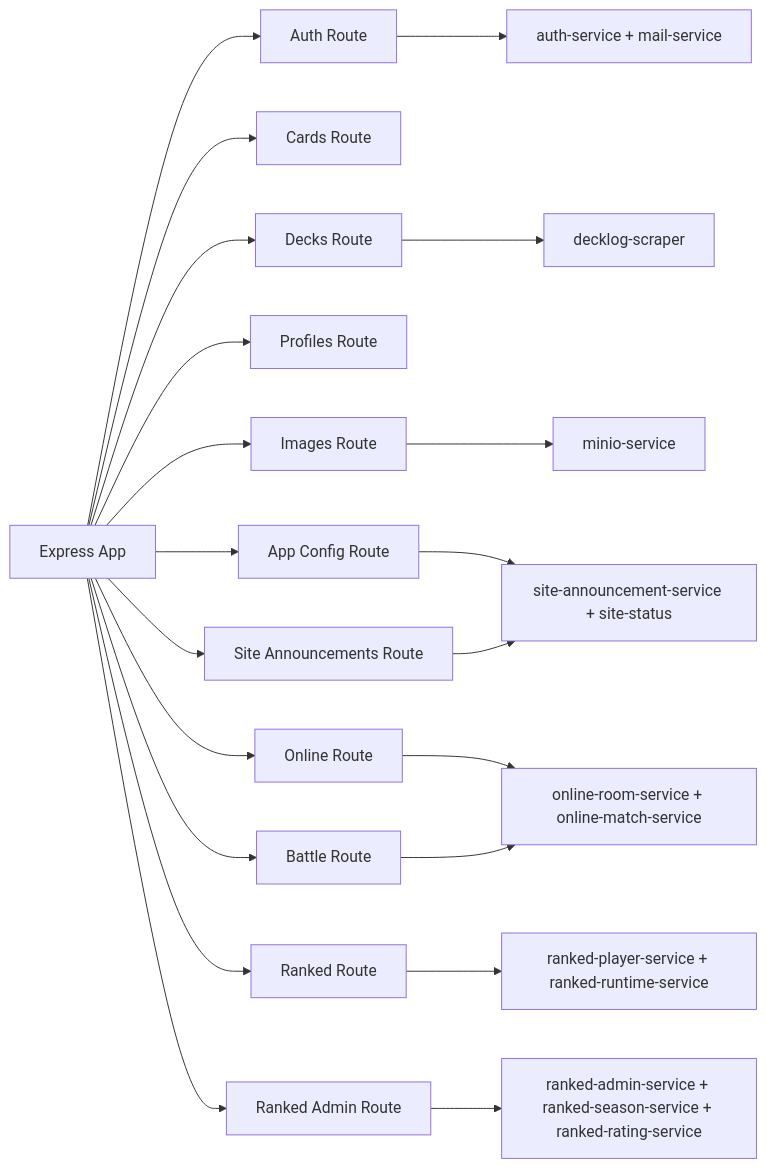
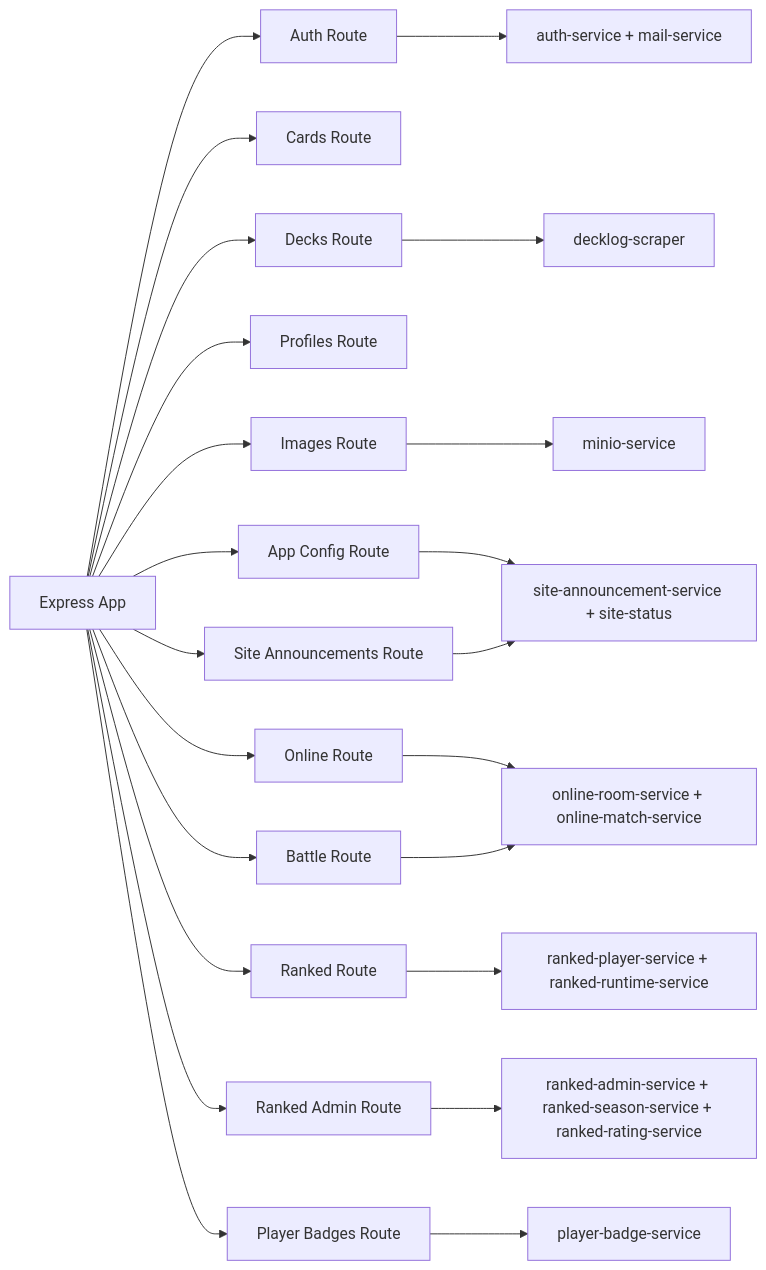
The seventh of 9 diagrams in docs/system-design.md (catmeow123456/loveca-dev), drawn with Mermaid before and after one commit. The commit also changed other lines of this file and 28 other files, not shown here.

````diff
--- a/docs/system-design.md
+++ b/docs/system-design.md
@@ -357,24 +357,26 @@
 ```mermaid
 graph LR
     App[Express App] --> AuthR[Auth Route]
     App --> CardsR[Cards Route]
     App --> DecksR[Decks Route]
     App --> ProfilesR[Profiles Route]
     App --> ImagesR[Images Route]
     App --> ConfigR[App Config Route]
     App --> SiteAnnouncementsR[Site Announcements Route]
     App --> OnlineR[Online Route]
     App --> BattleR[Battle Route]
     App --> RankedR[Ranked Route]
     App --> RankedAdminR[Ranked Admin Route]
+    App --> PlayerBadgesR[Player Badges Route]
 
     AuthR --> AuthSvc[auth-service + mail-service]
     DecksR --> Scraper[decklog-scraper]
     ImagesR --> MinioSvc[minio-service]
     ConfigR --> OpsSvc[site-announcement-service + site-status]
     SiteAnnouncementsR --> OpsSvc
     OnlineR --> OnlineSvc[online-room-service + online-match-service]
     BattleR --> OnlineSvc
     RankedR --> RankedSvc[ranked-player-service + ranked-runtime-service]
     RankedAdminR --> RankedAdminSvc[ranked-admin-service + ranked-season-service + ranked-rating-service]
+    PlayerBadgesR --> PlayerBadgeSvc[player-badge-service]
 ```
````
